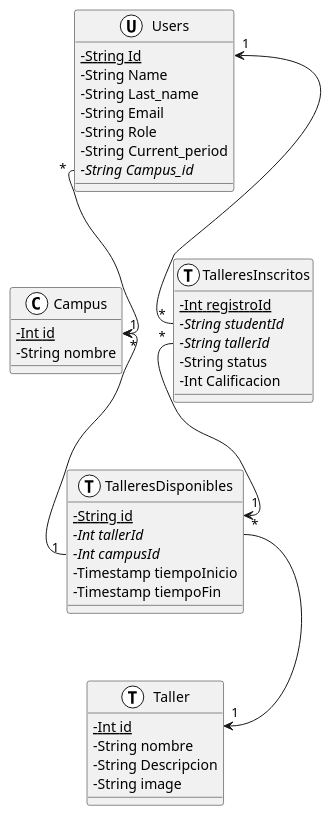
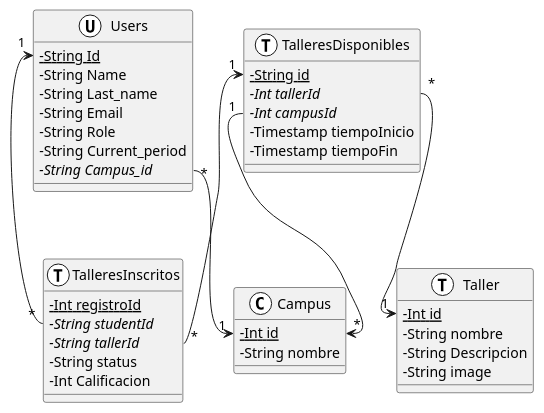
The diagram in Reto/Base de datos.md (facund015/codeRelatedObsidianNotes), drawn with PlantUML before and after one commit. The commit also changed 1 other file, not shown here.

Commit message:
vault backup: 2021-12-01 18:03:03

````diff
--- a/Reto/Base de datos.md
+++ b/Reto/Base de datos.md
@@ -2,50 +2,50 @@
 ```plantuml
 @startuml
 skinparam classAttributeIconSize 0
 
 class Users <<(U,white)>> {
 	-{static} String Id
 	-String Name
 	-String Last_name
 	-String Email
 	-String Role
 	-String Current_period
 	{abstract} -String Campus_id
 }
 
 class Campus <<(C,white)>> {
 	{static} -Int id
 	-String nombre
 }
 
 class Taller <<(T,white)>> {
     {static} -Int id 
     - String nombre
 	- String Descripcion
     - String image
 }
 class TalleresDisponibles <<(T, white)>> {
 	{static} -String id
 	{abstract} -Int tallerId
 	{abstract} -Int campusId
 	-Timestamp tiempoInicio
 	-Timestamp tiempoFin
 }
 class TalleresInscritos <<(T,white)>> {
 	{static} -Int registroId 
 	{abstract} -String studentId
 	{abstract} -String tallerId
 	-String status
 	-Int Calificacion
 }
 
 Users::Id "1" <-- "*" TalleresInscritos::studentId
 Users::Campus_id "*" --> "1" Campus::id
-TalleresInscritos::tallerId "*" --> "1" TalleresDisponibles::id
+TalleresDisponibles::id "1" <-- "*" TalleresInscritos::tallerId
 TalleresDisponibles::tallerId "*" --> "1" Taller::id
-Campus::id "*" <-- "1" TalleresDisponibles::campusId
+TalleresDisponibles::campusId "1" -->  "*" Campus::id
 
 
 
 @enduml
 ```
````
